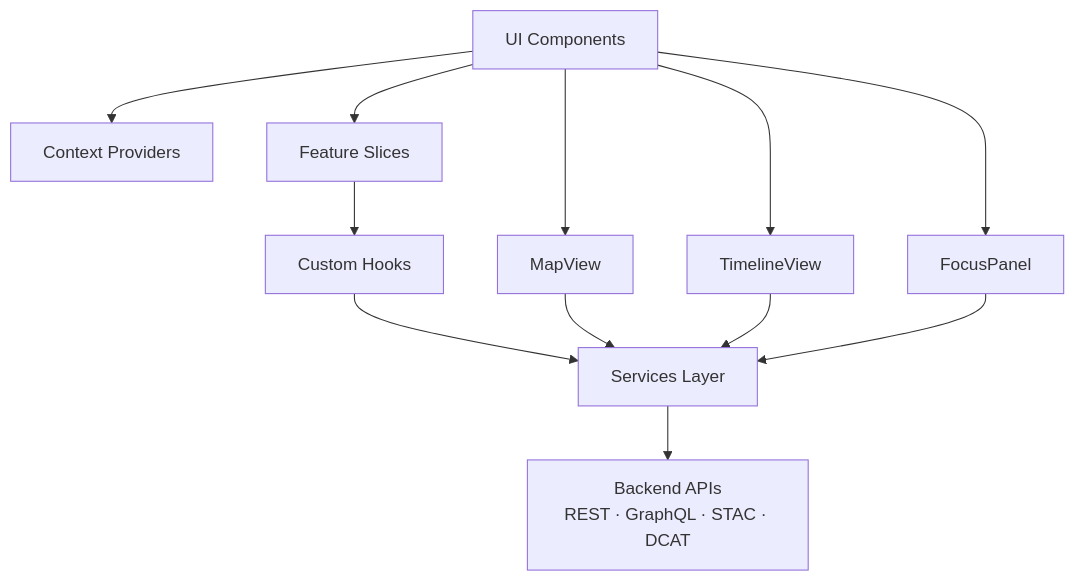
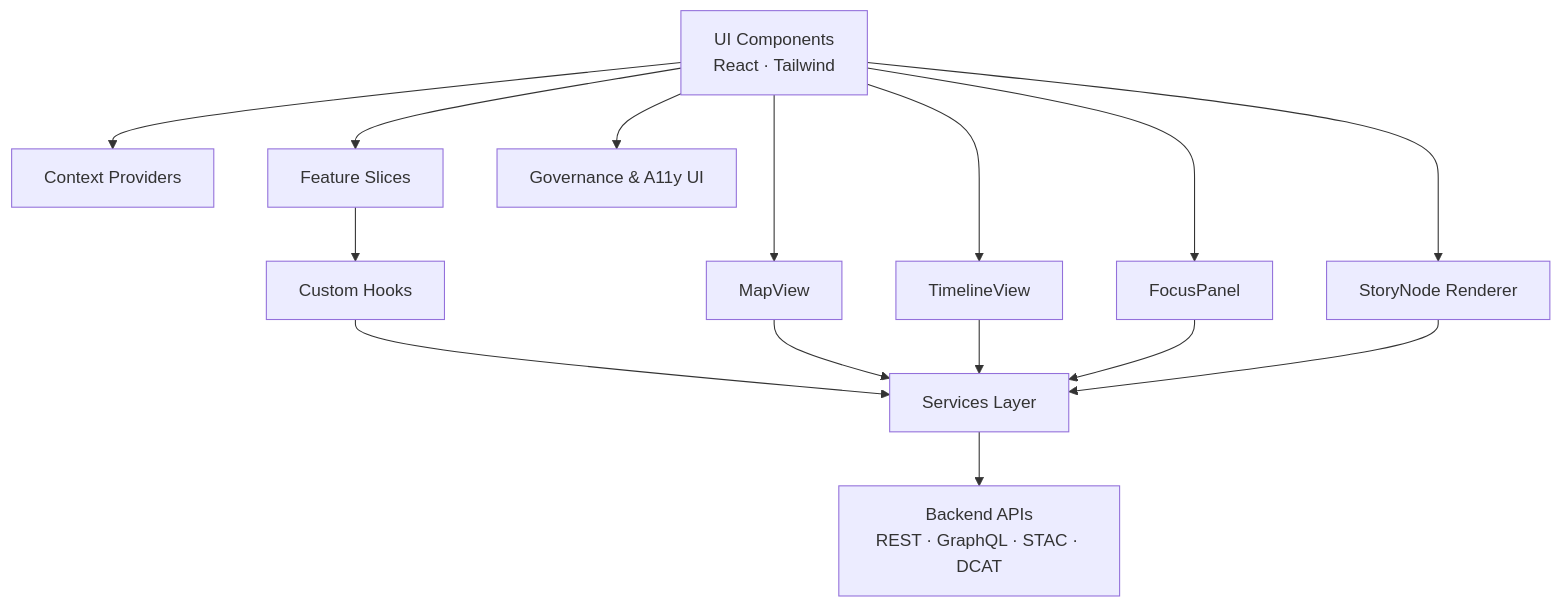
One commit to bartytime4life/Kansas-Frontier-Matrix changed the first of 2 diagrams in web/src/ARCHITECTURE.md. Above: the diagram before and after it, drawn with Mermaid. The commit also changed other lines of this file, not shown here.

`````diff
--- a/web/src/ARCHITECTURE.md
+++ b/web/src/ARCHITECTURE.md
@@ -146,14 +156,19 @@
 ```mermaid
 flowchart TD
-    UI[UI Components] --> CTX[Context Providers]
+    UI[UI Components<br/>React · Tailwind] --> CTX[Context Providers]
     UI --> FEAT[Feature Slices]
     UI --> MAP[MapView]
     UI --> TL[TimelineView]
     UI --> FP[FocusPanel]
+    UI --> STORY[StoryNode Renderer]
+    UI --> GOVUI[Governance & A11y UI]
+
     FEAT --> HK[Custom Hooks]
     HK --> SVC[Services Layer]
     MAP --> SVC
     TL --> SVC
     FP --> SVC
+    STORY --> SVC
+
     SVC --> API[Backend APIs<br/>REST · GraphQL · STAC · DCAT]
-```
+````
`````
